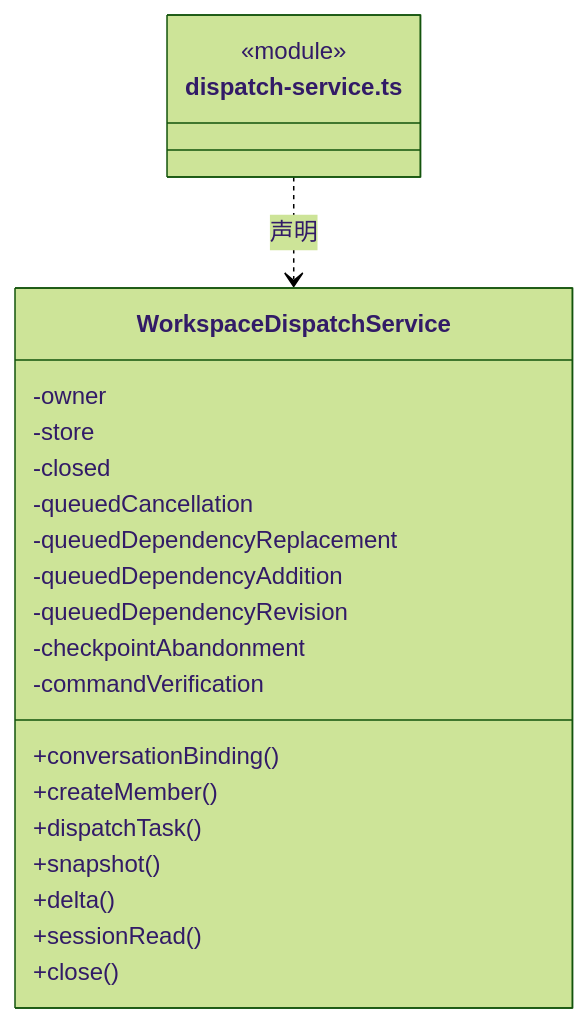
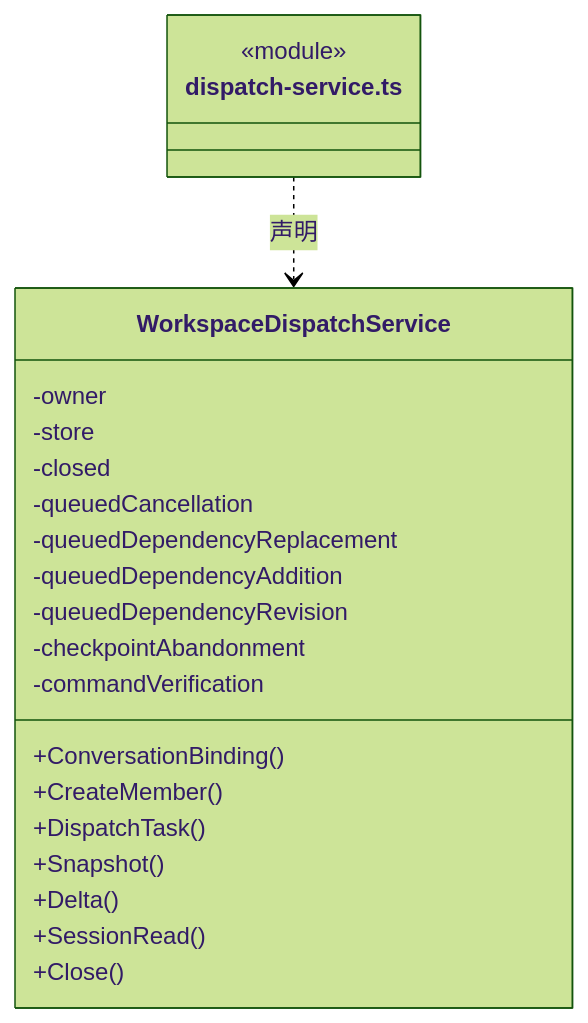
Before and after one commit to nan023062/cbim: the eighth of 15 diagrams in src/logic/dispatch/runtime/ARCHITECTURE.md, drawn with Mermaid (forest theme). The commit also changed other lines of this file and 1035 other files, not shown here.

````diff
--- a/src/logic/dispatch/runtime/ARCHITECTURE.md
+++ b/src/logic/dispatch/runtime/ARCHITECTURE.md
@@ -267,25 +267,25 @@
 ```mermaid
 classDiagram
 class N_src_logic_dispatch_runtime_dispatch_service_ts["dispatch-service.ts"] {
   <<module>>
 }
 class N_src_logic_dispatch_runtime_dispatch_service_ts_WorkspaceDispatchService["WorkspaceDispatchService"] {
-  +conversationBinding()
-  +createMember()
-  +dispatchTask()
-  +snapshot()
-  +delta()
-  +sessionRead()
-  +close()
+  +ConversationBinding()
+  +CreateMember()
+  +DispatchTask()
+  +Snapshot()
+  +Delta()
+  +SessionRead()
+  +Close()
   -owner
   -store
   -closed
   -queuedCancellation
   -queuedDependencyReplacement
   -queuedDependencyAddition
   -queuedDependencyRevision
   -checkpointAbandonment
   -commandVerification
 }
 N_src_logic_dispatch_runtime_dispatch_service_ts ..> N_src_logic_dispatch_runtime_dispatch_service_ts_WorkspaceDispatchService : 声明
 ```
````
